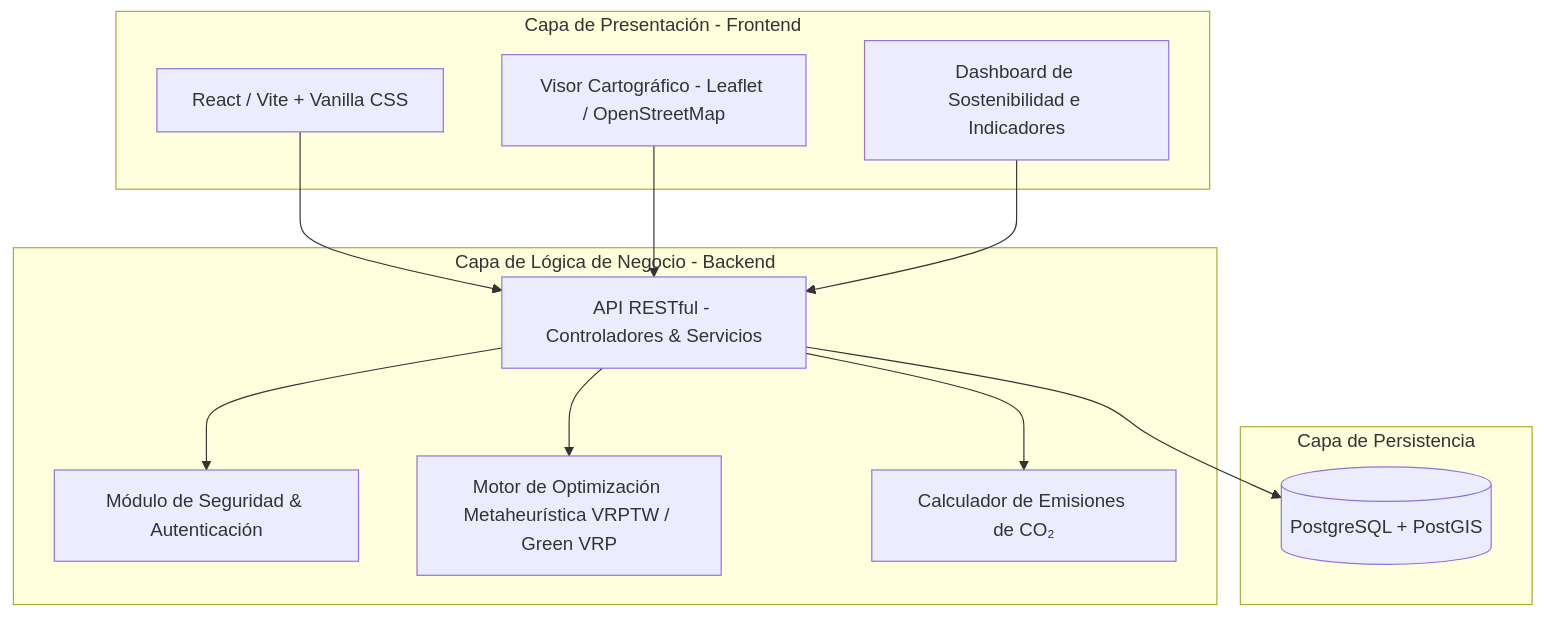
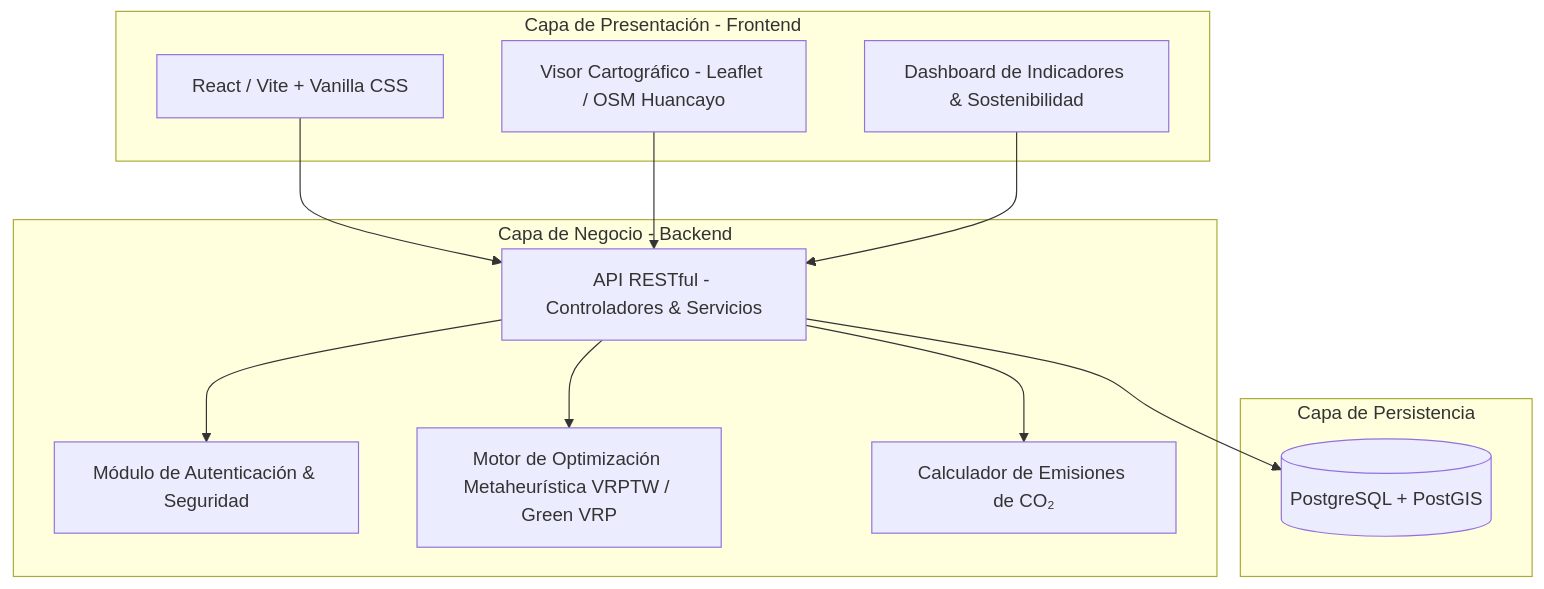
The first of 2 diagrams in README.md (alexito-dev/EcoLogistica), drawn with Mermaid before and after one commit. The commit also changed other lines of this file, not shown here.

````diff
--- a/README.md
+++ b/README.md
@@ -47,27 +85,27 @@
 ```mermaid
 graph TD
     subgraph Cliente [Capa de Presentación - Frontend]
         UI[React / Vite + Vanilla CSS]
-        Map[Visor Cartográfico - Leaflet / OpenStreetMap]
-        Dash[Dashboard de Sostenibilidad e Indicadores]
+        Map[Visor Cartográfico - Leaflet / OSM Huancayo]
+        Dash[Dashboard de Indicadores & Sostenibilidad]
     end
 
-    subgraph Servidor [Capa de Lógica de Negocio - Backend]
+    subgraph Servidor [Capa de Negocio - Backend]
         API[API RESTful - Controladores & Servicios]
-        Auth[Módulo de Seguridad & Autenticación]
+        Auth[Módulo de Autenticación & Seguridad]
         Engine[Motor de Optimización Metaheurística VRPTW / Green VRP]
         CO2[Calculador de Emisiones de CO₂]
     end
 
     subgraph Datos [Capa de Persistencia]
         DB[(PostgreSQL + PostGIS)]
     end
 
     UI --> API
     Map --> API
     Dash --> API
     API --> Auth
     API --> Engine
     API --> CO2
     API --> DB
 ```
````
